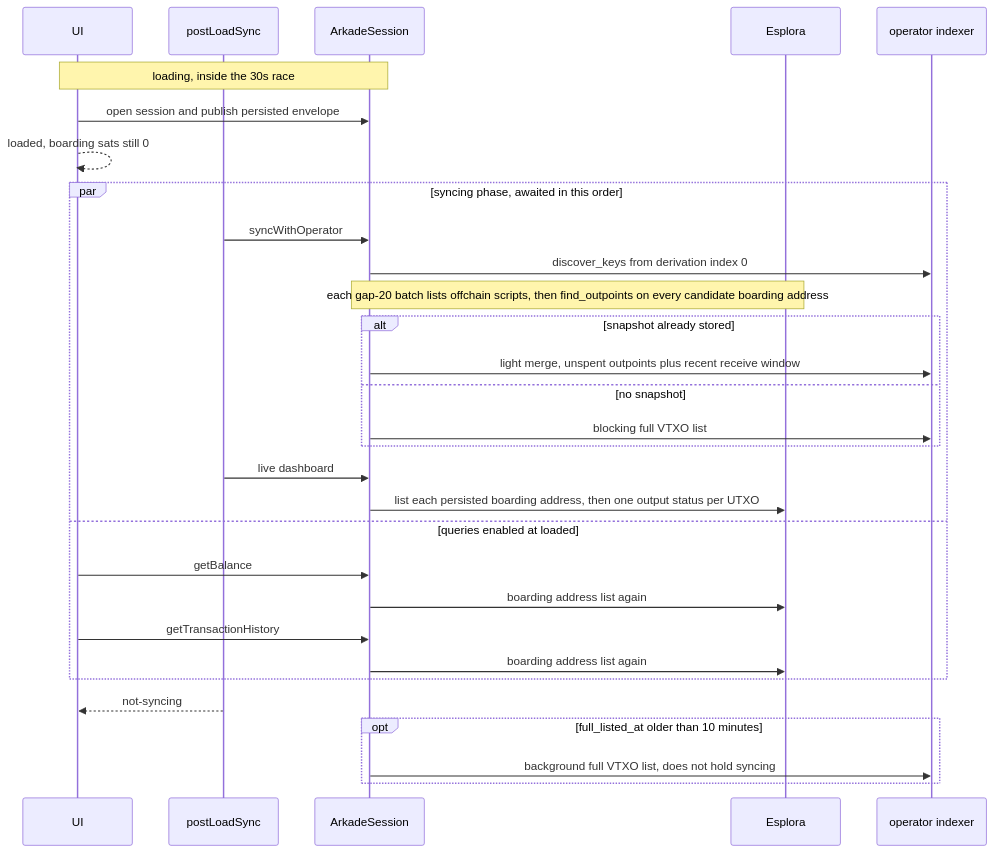
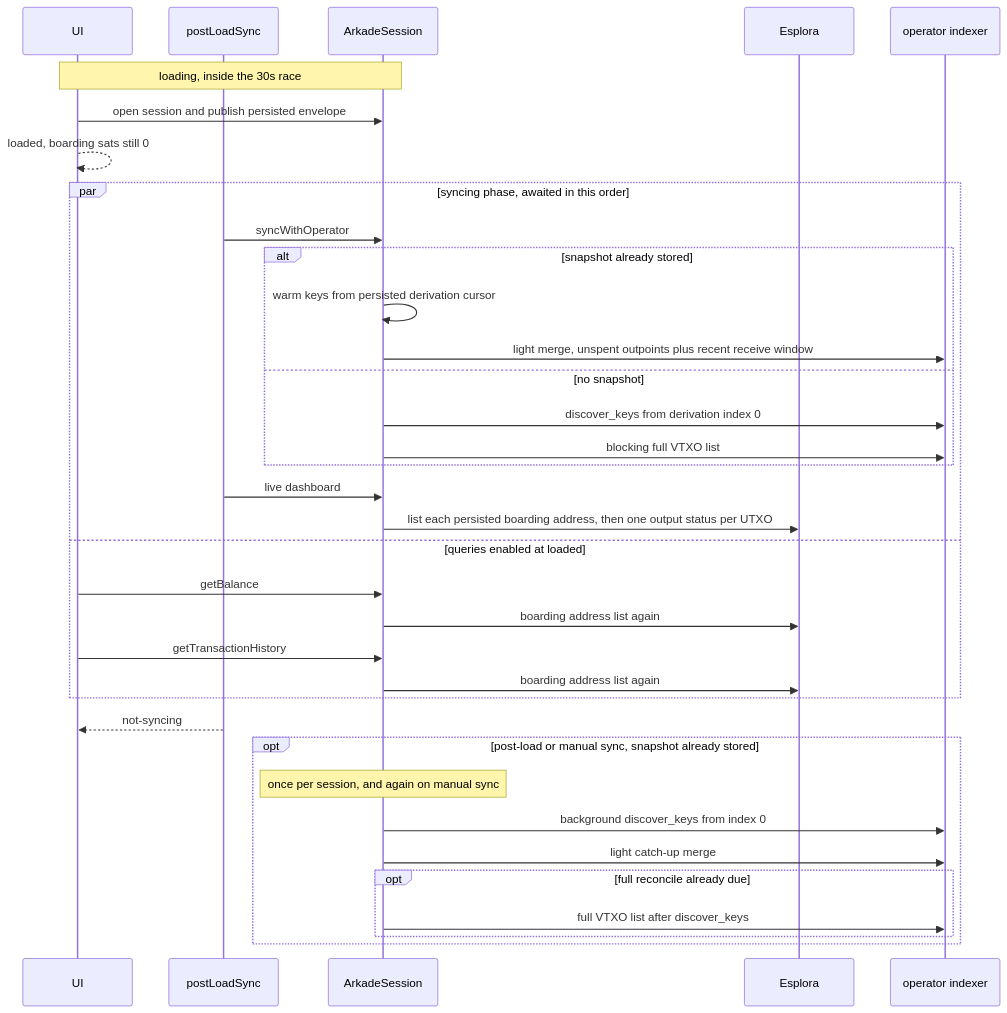
One commit to Radivis/bitboard-pwa-wallet changed the third of 3 diagrams in docs/wallet-rail-lifecycle.md. Above: the diagram before and after it, drawn with Mermaid. The commit also changed other lines of this file and 27 other files, not shown here.

Commit message:
Key discovery is now only done for initial Arkade sync and background sync

````diff
--- a/docs/wallet-rail-lifecycle.md
+++ b/docs/wallet-rail-lifecycle.md
@@ -484,35 +484,40 @@
 ```mermaid
 sequenceDiagram
   participant UI
   participant Sync as postLoadSync
   participant Wasm as ArkadeSession
   participant Esplora
   participant Indexer as operator indexer
 
   Note over UI,Wasm: loading, inside the 30s race
   UI->>Wasm: open session and publish persisted envelope
   UI-->>UI: loaded, boarding sats still 0
 
   par syncing phase, awaited in this order
     Sync->>Wasm: syncWithOperator
-    Wasm->>Indexer: discover_keys from derivation index 0
-    Note over Wasm,Esplora: each gap-20 batch lists offchain scripts, then find_outpoints on every candidate boarding address
     alt snapshot already stored
+      Wasm->>Wasm: warm keys from persisted derivation cursor
       Wasm->>Indexer: light merge, unspent outpoints plus recent receive window
     else no snapshot
+      Wasm->>Indexer: discover_keys from derivation index 0
       Wasm->>Indexer: blocking full VTXO list
     end
     Sync->>Wasm: live dashboard
     Wasm->>Esplora: list each persisted boarding address, then one output status per UTXO
   and queries enabled at loaded
     UI->>Wasm: getBalance
     Wasm->>Esplora: boarding address list again
     UI->>Wasm: getTransactionHistory
     Wasm->>Esplora: boarding address list again
   end
 
   Sync-->>UI: not-syncing
-  opt full_listed_at older than 10 minutes
-    Wasm->>Indexer: background full VTXO list, does not hold syncing
+  opt post-load or manual sync, snapshot already stored
+    Note over Wasm: once per session, and again on manual sync
+    Wasm->>Indexer: background discover_keys from index 0
+    Wasm->>Indexer: light catch-up merge
+    opt full reconcile already due
+      Wasm->>Indexer: full VTXO list after discover_keys
+    end
   end
 ```
````
